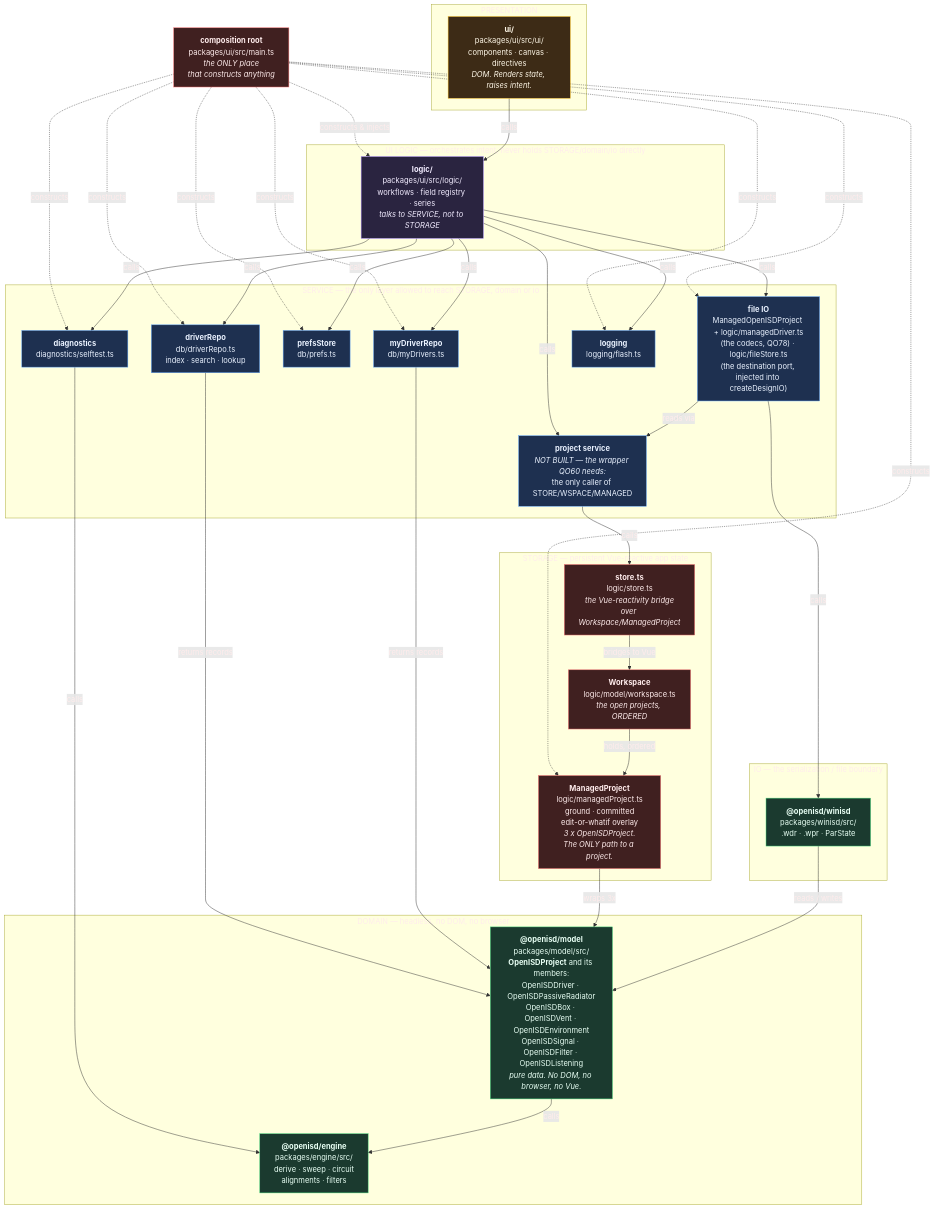
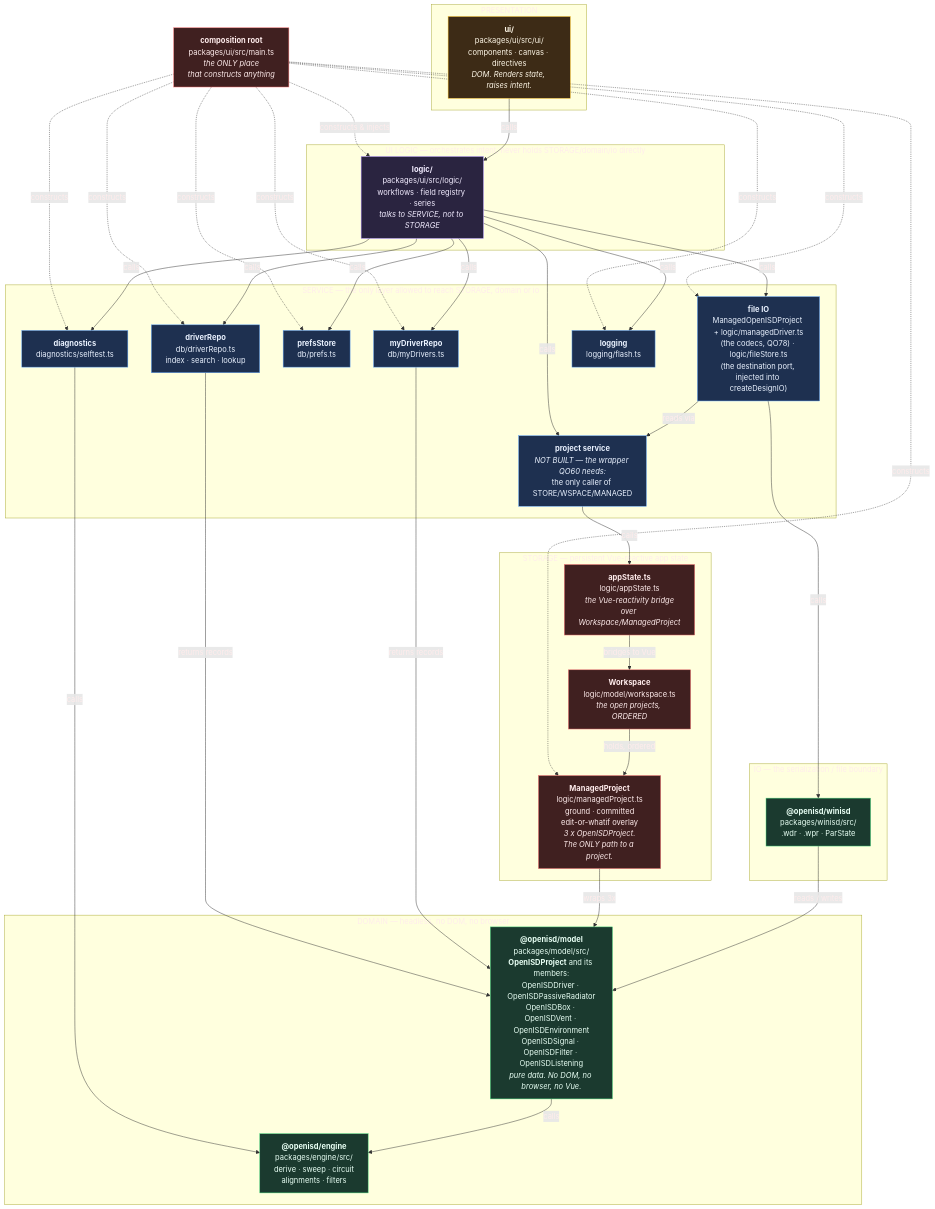
The second of 5 diagrams in ARCHITECTURE.md (Johnlon/openisd), drawn with Mermaid before and after one commit. The commit also changed other lines of this file and 6 other files, not shown here.

````diff
--- a/ARCHITECTURE.md
+++ b/ARCHITECTURE.md
@@ -159,81 +159,81 @@
 ```mermaid
 graph TD
     subgraph L1["PRESENTATION"]
         UI["<b>ui/</b><br/>packages/ui/src/ui/<br/>components · canvas · directives<br/><i>DOM. Renders state, raises intent.</i>"]
     end
 
     subgraph L2["UI LOGIC — orchestrates intent, never holds STORAGE/domain/io directly"]
         LOGIC["<b>logic/</b><br/>packages/ui/src/logic/<br/>workflows · field registry · series<br/><i>talks to SERVICE, not to STORAGE</i>"]
     end
 
     subgraph L3["SERVICE — the only layer allowed to reach STORAGE, domain or io"]
         DRIVERREPO["<b>driverRepo</b><br/>db/driverRepo.ts<br/>index · search · lookup"]
         MYREPO["<b>myDriverRepo</b><br/>db/myDrivers.ts"]
         PREFS["<b>prefsStore</b><br/>db/prefs.ts"]
         FILEIO["<b>file IO</b><br/>ManagedOpenISDProject + logic/managedDriver.ts<br/>(the codecs, QO78) · logic/fileStore.ts<br/>(the destination port, injected into createDesignIO)"]
         DIAG["<b>diagnostics</b><br/>diagnostics/selftest.ts"]
         LOGGING["<b>logging</b><br/>logging/flash.ts"]
         PROJSVC["<b>project service</b><br/><i>NOT BUILT — the wrapper QO60 needs:</i><br/>the only caller of STORE/WSPACE/MANAGED"]
     end
 
     subgraph L4a["STORAGE — persistent Vue-reactive app state"]
         WSPACE["<b>Workspace</b><br/>logic/model/workspace.ts<br/><i>the open projects, ORDERED</i>"]
         MANAGED["<b>ManagedProject</b><br/>logic/managedProject.ts<br/>ground · committed<br/>edit-or-whatif overlay<br/><i>3 x OpenISDProject.<br/>The ONLY path to a project.</i>"]
-        STORE["<b>store.ts</b><br/>logic/store.ts<br/><i>the Vue-reactivity bridge<br/>over Workspace/ManagedProject</i>"]
+        STORE["<b>appState.ts</b><br/>logic/appState.ts<br/><i>the Vue-reactivity bridge<br/>over Workspace/ManagedProject</i>"]
     end
 
     subgraph L4b["DOMAIN — headless, no DOM, no browser"]
         MODEL["<b>@openisd/model</b><br/>packages/model/src/<br/><b>OpenISDProject</b> and its members:<br/>OpenISDDriver · OpenISDPassiveRadiator<br/>OpenISDBox · OpenISDVent · OpenISDEnvironment<br/>OpenISDSignal · OpenISDFilter · OpenISDListening<br/><i>pure data. No DOM, no browser, no Vue.</i>"]
         ENGINE["<b>@openisd/engine</b><br/>packages/engine/src/<br/>derive · sweep · circuit<br/>alignments · filters"]
     end
 
     subgraph L4c["IO — the serialization / file boundary"]
         SERIAL["<b>@openisd/winisd</b><br/>packages/winisd/src/<br/>.wdr · .wpr · ParState"]
     end
 
     ROOT["<b>composition root</b><br/>packages/ui/src/main.ts<br/><i>the ONLY place<br/>that constructs anything</i>"]
 
     ROOT -. "constructs & injects" .-> LOGIC
     ROOT -. "constructs" .-> MANAGED
     ROOT -. "constructs" .-> DRIVERREPO
     ROOT -. "constructs" .-> MYREPO
     ROOT -. "constructs" .-> PREFS
     ROOT -. "constructs" .-> FILEIO
     ROOT -. "constructs" .-> DIAG
     ROOT -. "constructs" .-> LOGGING
 
     UI -->|calls| LOGIC
     LOGIC -->|calls| PROJSVC
     LOGIC -->|calls| DRIVERREPO
     LOGIC -->|calls| MYREPO
     LOGIC -->|calls| PREFS
     LOGIC -->|calls| FILEIO
     LOGIC -->|calls| DIAG
     LOGIC -->|calls| LOGGING
     PROJSVC -->|calls| STORE
     STORE -->|"bridges to Vue"| WSPACE
     WSPACE -->|"holds, ordered"| MANAGED
     DRIVERREPO -->|"returns records"| MODEL
     MYREPO -->|"returns records"| MODEL
     FILEIO -->|calls| SERIAL
     FILEIO -->|"reads via"| PROJSVC
     DIAG -->|calls| ENGINE
     MANAGED -->|"wraps 3x"| MODEL
     MODEL -->|calls| ENGINE
     SERIAL -->|"reads / writes"| MODEL
 
     classDef pres fill:#3d2b16,stroke:#fbbf24,color:#fff8e8
     classDef app fill:#2a2440,stroke:#a78bfa,color:#f2ecff
     classDef svc fill:#1e3050,stroke:#60a5fa,color:#eaf2ff
     classDef storage fill:#402020,stroke:#f87171,color:#ffecec
     classDef dom fill:#1b3a2f,stroke:#4ade80,color:#e8fff4
     classDef io fill:#1b3a2f,stroke:#4ade80,color:#e8fff4
     classDef root fill:#402020,stroke:#f87171,color:#ffecec
     class UI pres
     class LOGIC app
     class DRIVERREPO,MYREPO,PREFS,FILEIO,DIAG,LOGGING,PROJSVC svc
     class WSPACE,MANAGED,STORE storage
     class MODEL,ENGINE dom
     class SERIAL io
     class ROOT root
 ```
````
